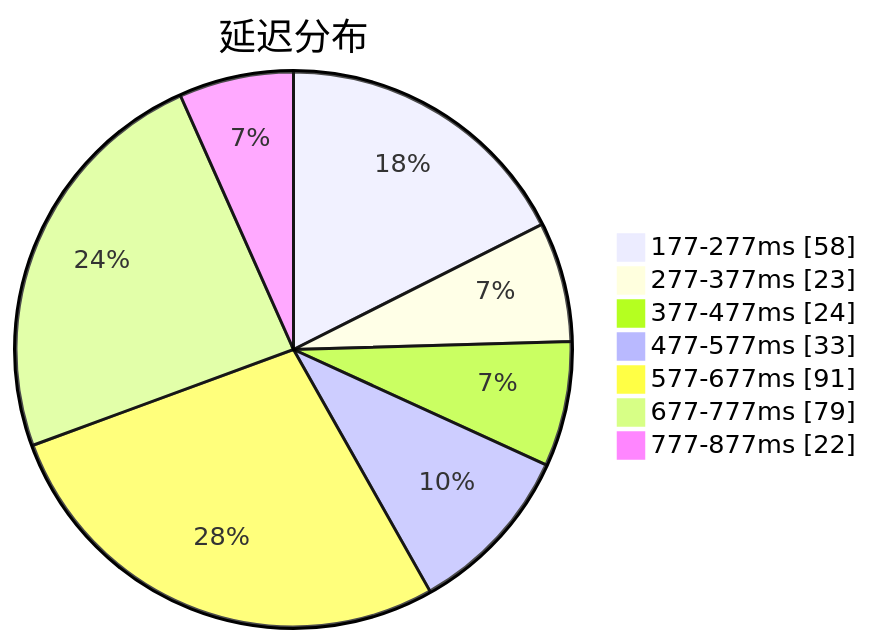
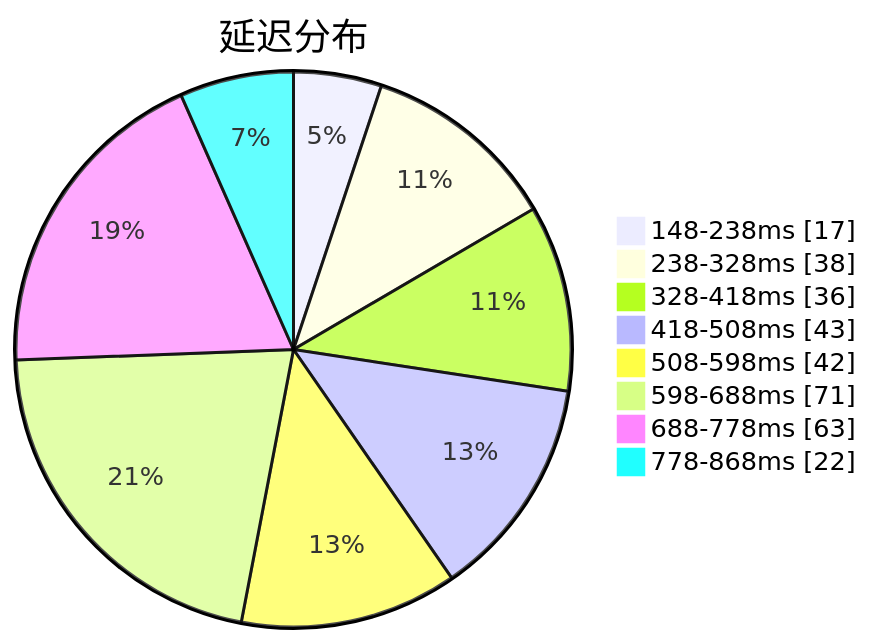
Before and after one commit to qjlxg/airport: the first of 3 diagrams in subs/statistics/tested_within.md, drawn with Mermaid. The commit also changed other lines of this file and 2 other files, not shown here.

Commit message:
Tested by metaST

````diff
--- a/subs/statistics/tested_within.md
+++ b/subs/statistics/tested_within.md
@@ -2,11 +2,12 @@
 ```mermaid
 pie showData
 title 延迟分布
-"177-277ms" : 58
-"277-377ms" : 23
-"377-477ms" : 24
-"477-577ms" : 33
-"577-677ms" : 91
-"677-777ms" : 79
-"777-877ms" : 22
+"148-238ms" : 17
+"238-328ms" : 38
+"328-418ms" : 36
+"418-508ms" : 43
+"508-598ms" : 42
+"598-688ms" : 71
+"688-778ms" : 63
+"778-868ms" : 22
 ```
````
